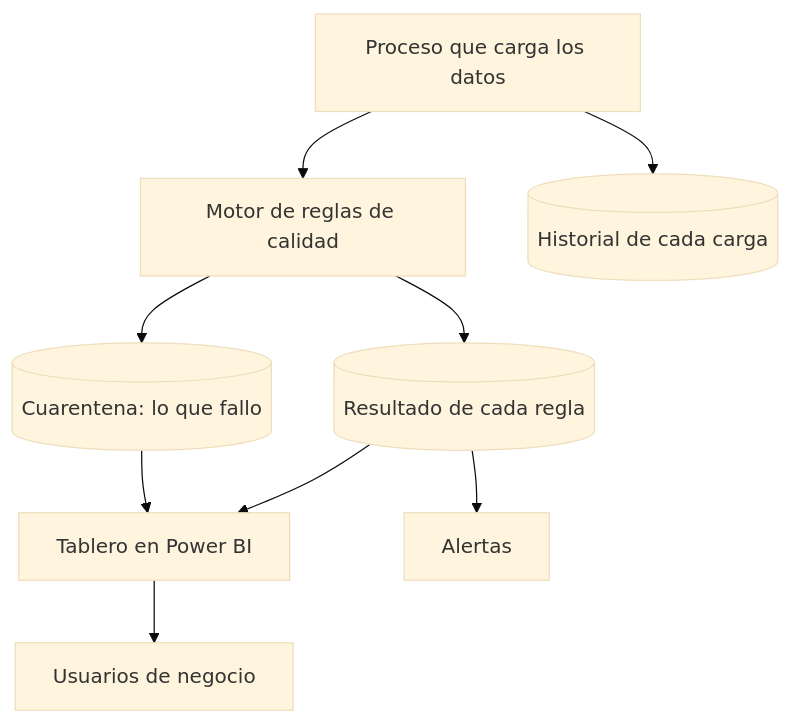
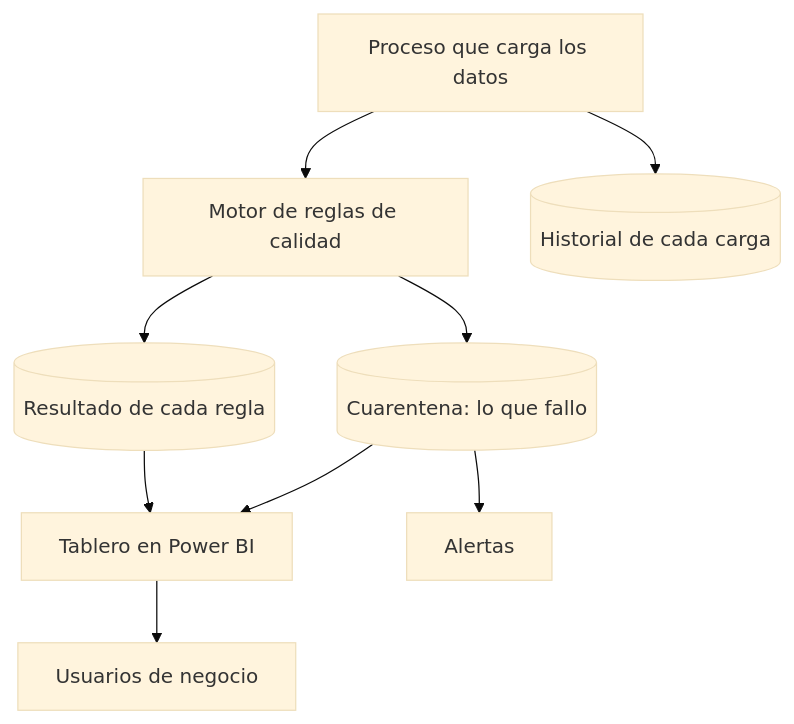
The diagram in docs/02_kpis_calidad.md (Moidah/prueba-ingenieria-datos-tuya), drawn with Mermaid (base theme) before and after one commit. The commit also changed other lines of this file, not shown here.

````diff
--- a/docs/02_kpis_calidad.md
+++ b/docs/02_kpis_calidad.md
@@ -30,11 +30,11 @@
 ```mermaid
 flowchart TB
     A[Proceso que carga los datos] --> B[Motor de reglas de calidad]
     B --> C[(Resultado de cada regla)]
     B --> D[(Cuarentena: lo que fallo)]
     A --> E[(Historial de cada carga)]
     C --> F[Tablero en Power BI]
     D --> F
-    C --> G[Alertas]
+    D --> G[Alertas]
     F --> H[Usuarios de negocio]
 ```
````
